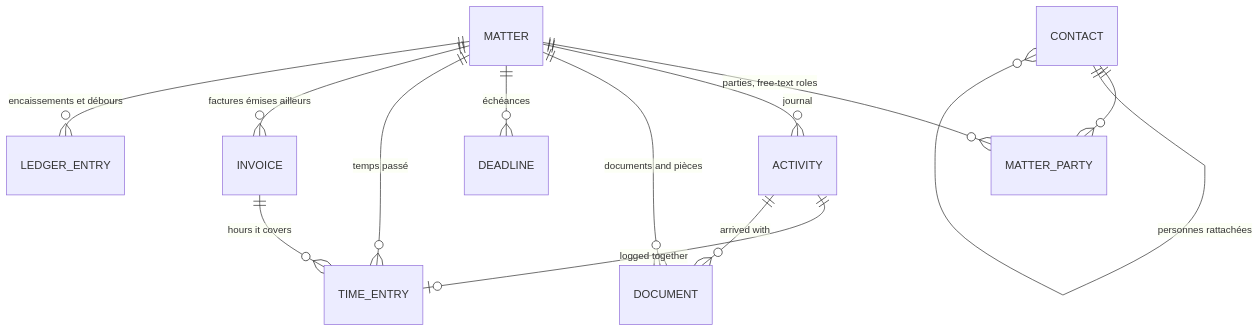
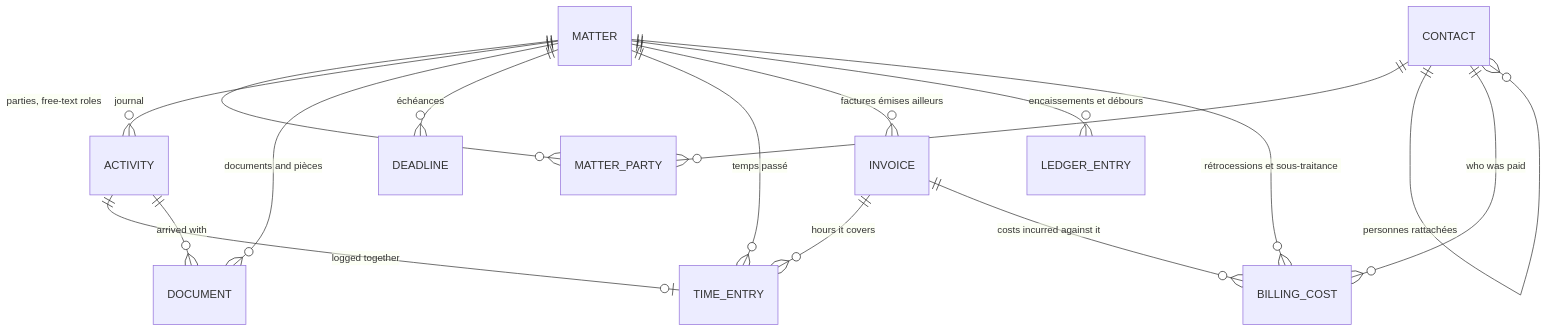
One commit to Vincent-Bdn/Avocado changed the fourth of 4 diagrams in docs/ARCHITECTURE.md. Above: the diagram before and after it, drawn with Mermaid. The commit also changed other lines of this file and 127 other files, not shown here.

First line of the commit message:
Sous-traitance: rétrocessions d'honoraires as their own concept, and no more em dashes

````diff
--- a/docs/ARCHITECTURE.md
+++ b/docs/ARCHITECTURE.md
@@ -180,15 +180,18 @@
 ```mermaid
 erDiagram
     MATTER ||--o{ MATTER_PARTY : "parties, free-text roles"
     MATTER ||--o{ ACTIVITY : "journal"
     MATTER ||--o{ DOCUMENT : "documents and pièces"
     MATTER ||--o{ DEADLINE : "échéances"
     MATTER ||--o{ TIME_ENTRY : "temps passé"
     MATTER ||--o{ INVOICE : "factures émises ailleurs"
     MATTER ||--o{ LEDGER_ENTRY : "encaissements et débours"
+    MATTER ||--o{ BILLING_COST : "rétrocessions et sous-traitance"
     CONTACT ||--o{ MATTER_PARTY : ""
     CONTACT ||--o{ CONTACT : "personnes rattachées"
     ACTIVITY ||--o| TIME_ENTRY : "logged together"
     ACTIVITY ||--o{ DOCUMENT : "arrived with"
     INVOICE ||--o{ TIME_ENTRY : "hours it covers"
+    INVOICE ||--o{ BILLING_COST : "costs incurred against it"
+    CONTACT ||--o{ BILLING_COST : "who was paid"
 ```
````
